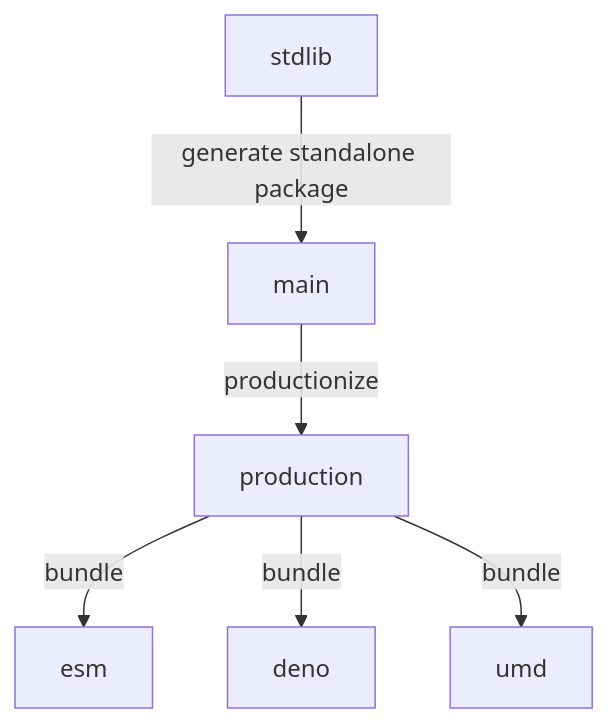
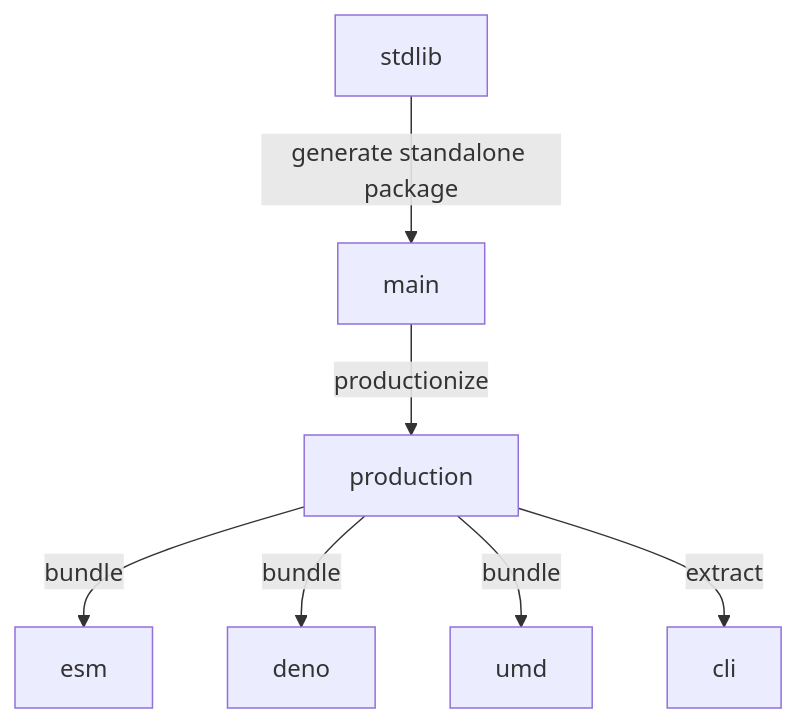
The diagram in branches.md (stdlib-js/process-cwd), drawn with Mermaid before and after one commit. The commit also changed other lines of this file and 8 other files, not shown here.

````diff
--- a/branches.md
+++ b/branches.md
@@ -33,15 +34,17 @@
 ```mermaid
 graph TD;
 A[stdlib]-->|generate standalone package|B;
 B[main] -->|productionize| C[production];
 C -->|bundle| D[esm];
 C -->|bundle| E[deno];
 C -->|bundle| F[umd];
+C -->|extract| G[cli];
 
-click A href "https://github.com/stdlib-js/stdlib/tree/develop/lib/node_modules/%40stdlib/process/cwd"
-click B href "https://github.com/stdlib-js/process-cwd/tree/main"
-click C href "https://github.com/stdlib-js/process-cwd/tree/production"
-click D href "https://github.com/stdlib-js/process-cwd/tree/esm"
-click E href "https://github.com/stdlib-js/process-cwd/tree/deno"
-click F href "https://github.com/stdlib-js/process-cwd/tree/umd"
+%% click A href "https://github.com/stdlib-js/stdlib/tree/develop/lib/node_modules/%40stdlib/process/cwd"
+%% click B href "https://github.com/stdlib-js/process-cwd/tree/main"
+%% click C href "https://github.com/stdlib-js/process-cwd/tree/production"
+%% click D href "https://github.com/stdlib-js/process-cwd/tree/esm"
+%% click E href "https://github.com/stdlib-js/process-cwd/tree/deno"
+%% click F href "https://github.com/stdlib-js/process-cwd/tree/umd"
+%% click G href "https://github.com/stdlib-js/process-cwd/tree/cli"
 ```
````
